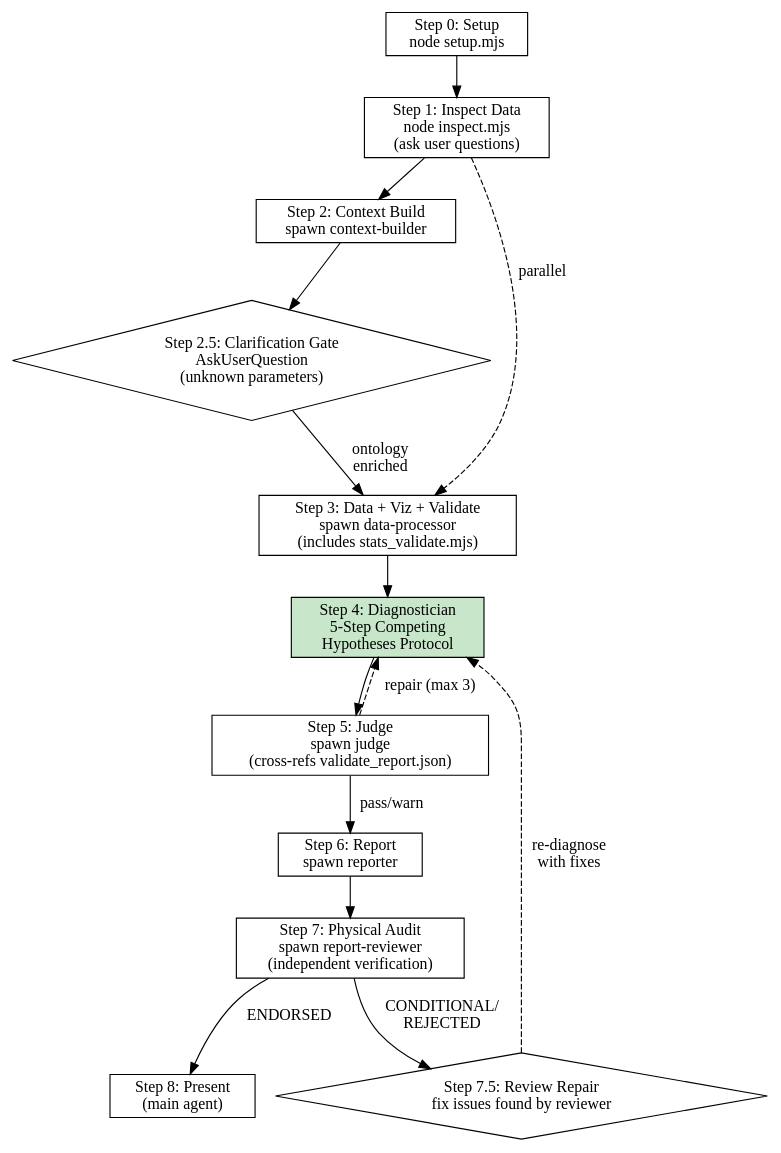
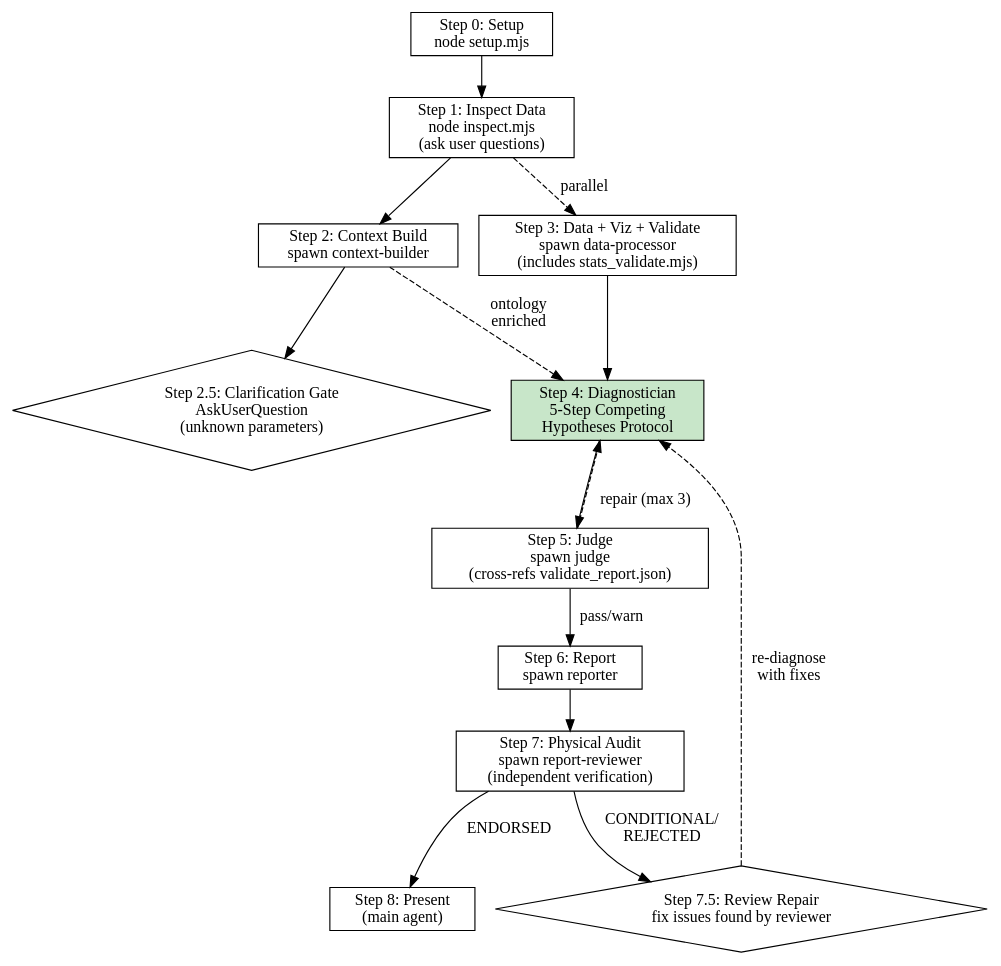
Before and after one commit to kingdol666/industrial-deep-diagnostic: the diagram in .claude/skills/industrial-deep-diagnostic/pipeline-execution.md, drawn with Graphviz. The commit also changed other lines of this file and 19 other files, not shown here.

First line of the commit message:
fix: default Chinese output, v6.0 schemas, validate.mjs — full v6.0 alignment

````diff
--- a/.claude/skills/industrial-deep-diagnostic/pipeline-execution.md
+++ b/.claude/skills/industrial-deep-diagnostic/pipeline-execution.md
@@ -8,32 +25,32 @@
 ```dot
 digraph diagnostic_flow {
   rankdir=TB;
   node [shape=box];
 
   setup [label="Step 0: Setup\nnode setup.mjs"];
   inspect [label="Step 1: Inspect Data\nnode inspect.mjs\n(ask user questions)"];
   context [label="Step 2: Context Build\nspawn context-builder"];
   clarify [label="Step 2.5: Clarification Gate\nAskUserQuestion\n(unknown parameters)" shape=diamond];
   dataproc [label="Step 3: Data + Viz + Validate\nspawn data-processor\n(includes stats_validate.mjs)"];
   diagnose [label="Step 4: Diagnostician\n5-Step Competing\nHypotheses Protocol" style=filled fillcolor="#C8E6C9"];
   judge [label="Step 5: Judge\nspawn judge\n(cross-refs validate_report.json)"];
   report [label="Step 6: Report\nspawn reporter"];
   review [label="Step 7: Physical Audit\nspawn report-reviewer\n(independent verification)"];
   repair [label="Step 7.5: Review Repair\nfix issues found by reviewer" shape=diamond];
   present [label="Step 8: Present\n(main agent)"];
 
   setup -> inspect;
   inspect -> context;
   inspect -> dataproc [style=dashed label="parallel"];
   context -> clarify;
-  clarify -> dataproc [label="ontology\nenriched"];
+  context -> diagnose [label="ontology\nenriched" style=dashed];
   dataproc -> diagnose;
   diagnose -> judge;
   judge -> diagnose [label="repair (max 3)" style=dashed];
   judge -> report [label="pass/warn"];
   report -> review;
   review -> repair [label="CONDITIONAL/\nREJECTED"];
   repair -> diagnose [label="re-diagnose\nwith fixes" style=dashed];
   review -> present [label="ENDORSED"];
 }
 ```
````
